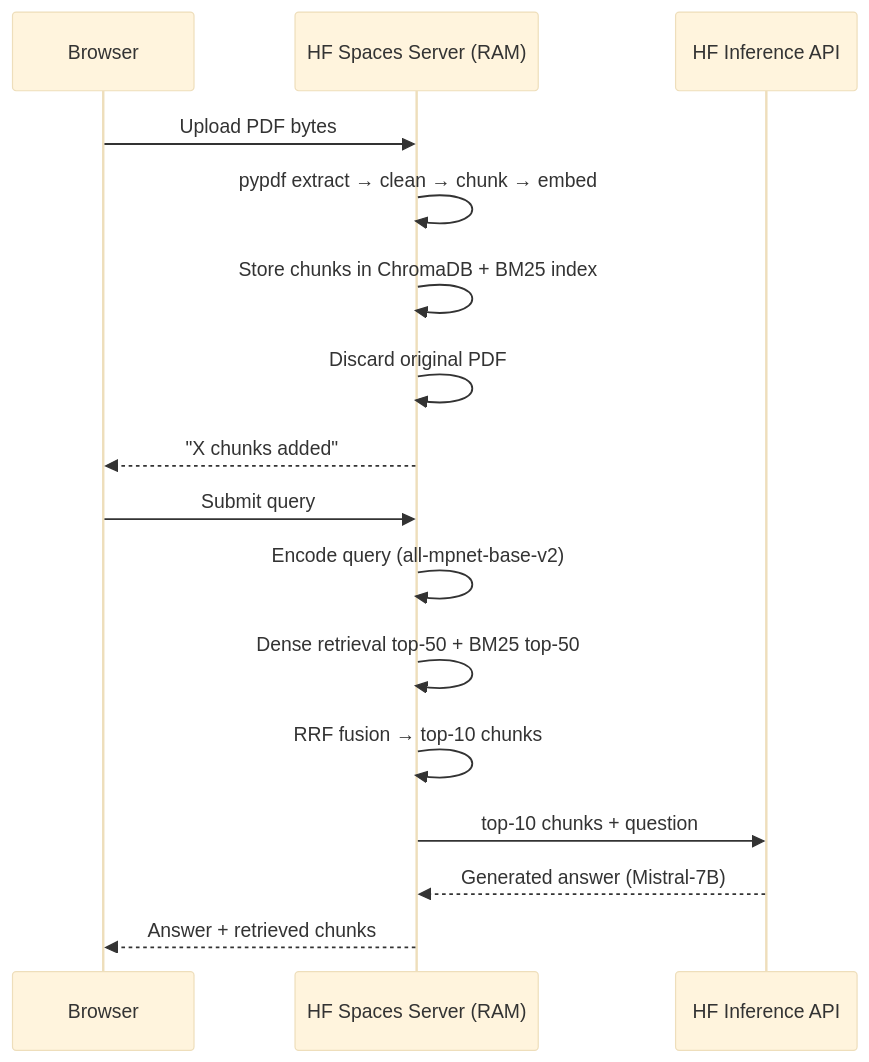
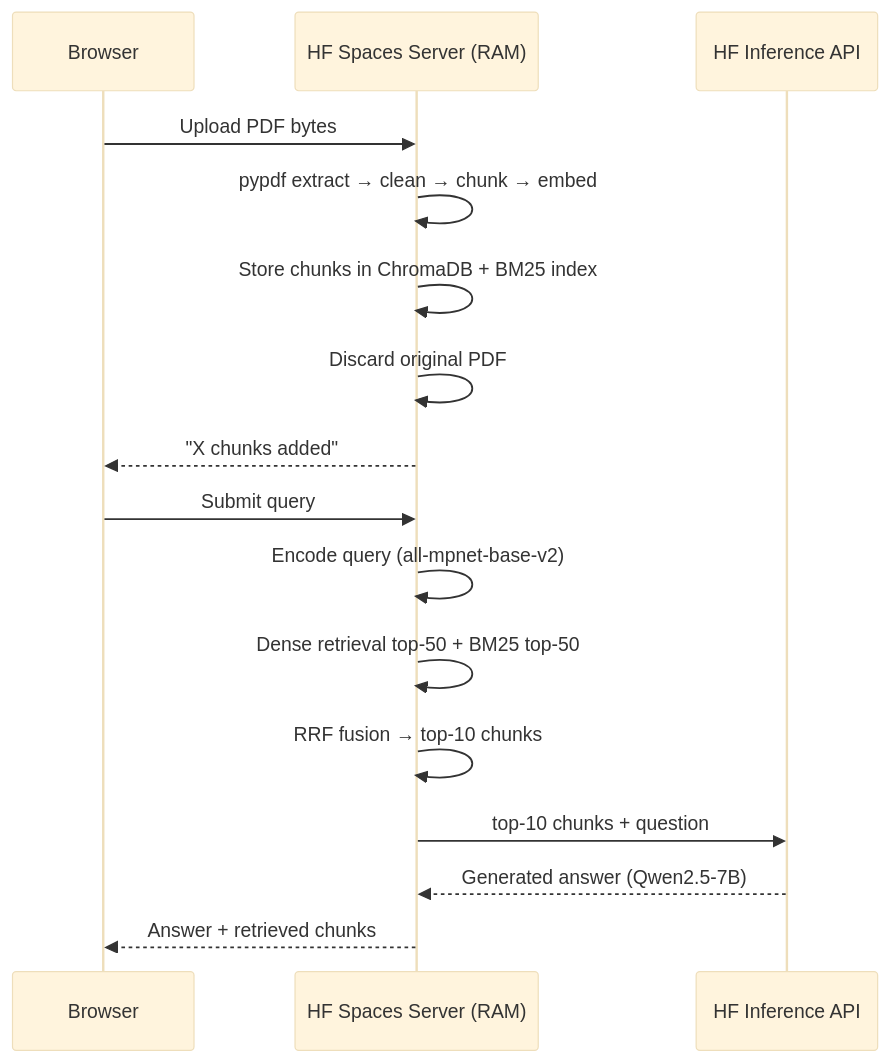
Before and after one commit to sumanthvelagala/document-rag: the second of 2 diagrams in README.md, drawn with Mermaid (base theme). The commit also changed other lines of this file and 2 other files, not shown here.

Commit message:
Switch LLM to Mistral-7B-Instruct-v0.1 on hf-inference (free tier)

````diff
--- a/README.md
+++ b/README.md
@@ -45,20 +45,20 @@
 ```mermaid
 sequenceDiagram
     participant B as Browser
     participant S as HF Spaces Server (RAM)
     participant H as HF Inference API
 
     B->>S: Upload PDF bytes
     S->>S: pypdf extract → clean → chunk → embed
     S->>S: Store chunks in ChromaDB + BM25 index
     S->>S: Discard original PDF
     S-->>B: "X chunks added"
 
     B->>S: Submit query
     S->>S: Encode query (all-mpnet-base-v2)
     S->>S: Dense retrieval top-50 + BM25 top-50
     S->>S: RRF fusion → top-10 chunks
     S->>H: top-10 chunks + question
-    H-->>S: Generated answer (Mistral-7B)
+    H-->>S: Generated answer (Qwen2.5-7B)
     S-->>B: Answer + retrieved chunks
 ```
````
